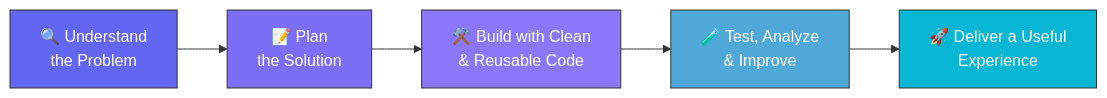
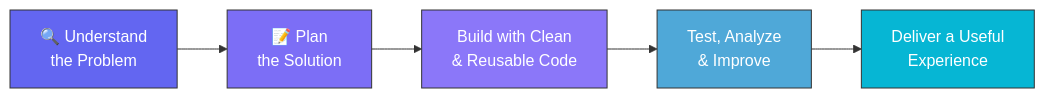
The diagram in README.md (cherry5231/cherry5231), drawn with Mermaid before and after one commit. The commit also changed other lines of this file, not shown here.

````diff
--- a/README.md
+++ b/README.md
@@ -148,13 +148,13 @@
 ```mermaid
 graph LR
     A[🔍 Understand<br/>the Problem] --> B[📝 Plan<br/>the Solution]
-    B --> C[⚒️ Build with Clean<br/>& Reusable Code]
-    C --> D[🧪 Test, Analyze<br/>& Improve]
-    D --> E[🚀 Deliver a Useful<br/>Experience]
+    B --> C[ Build with Clean<br/>& Reusable Code]
+    C --> D[ Test, Analyze<br/>& Improve]
+    D --> E[ Deliver a Useful<br/>Experience]
 
     style A fill:#6366F1,stroke:#333,stroke-width:1px,color:#fff
     style B fill:#7C6EF6,stroke:#333,stroke-width:1px,color:#fff
     style C fill:#8B77F9,stroke:#333,stroke-width:1px,color:#fff
     style D fill:#4FA8D8,stroke:#333,stroke-width:1px,color:#fff
     style E fill:#06B6D4,stroke:#333,stroke-width:1px,color:#fff
 ```
````
